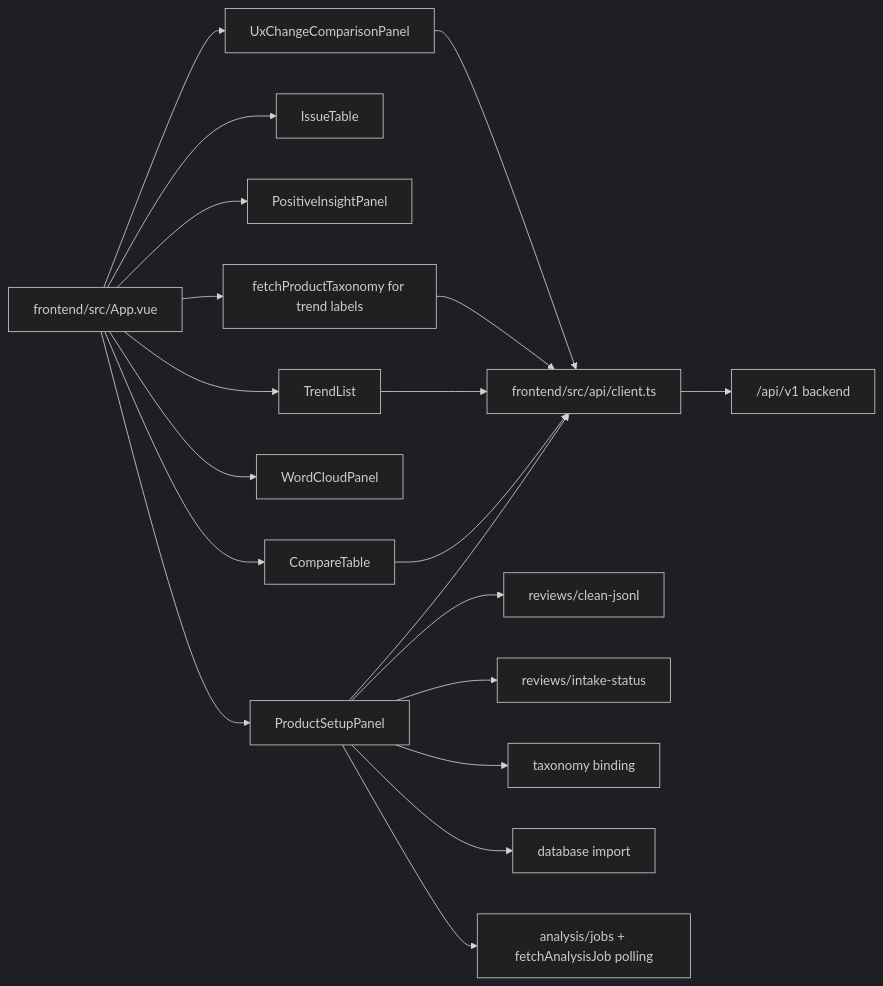
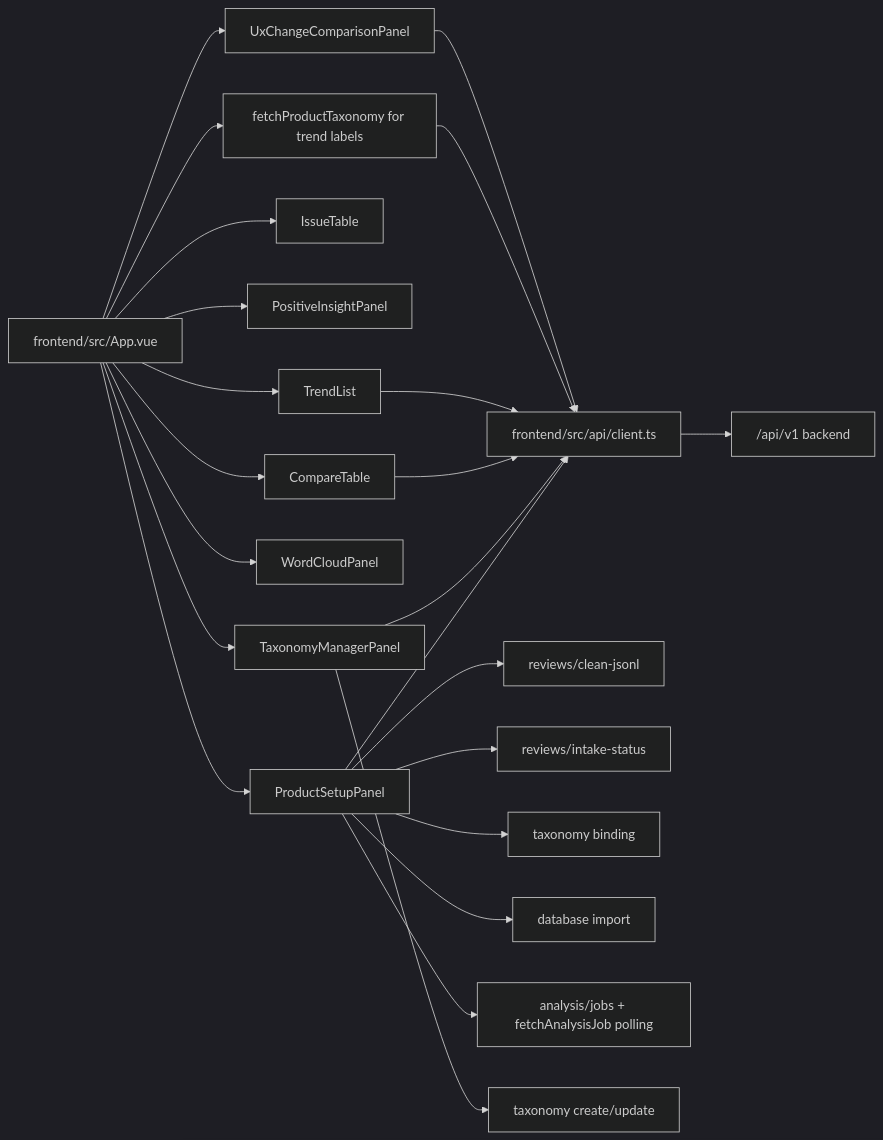
One commit to wxy123-wh/review-analyzer changed the fourth of 4 diagrams in .nexus-map/arch/dependencies.md. Above: the diagram before and after it, drawn with Mermaid (dark theme). The commit also changed other lines of this file and 1 other file, not shown here.

Commit message:
docs(nexus): update taxonomy module map

````diff
--- a/.nexus-map/arch/dependencies.md
+++ b/.nexus-map/arch/dependencies.md
@@ -88,22 +88,25 @@
 ```mermaid
 flowchart LR
   App["frontend/src/App.vue"] --> Setup["ProductSetupPanel"]
+  App --> TaxonomyManager["TaxonomyManagerPanel"]
   App --> Issues["IssueTable"]
   App --> Positive["PositiveInsightPanel"]
   App --> Compare["CompareTable"]
   App --> Trends["TrendList"]
   App --> WordCloud["WordCloudPanel"]
   App --> UxChange["UxChangeComparisonPanel"]
   App --> TrendTaxonomy["fetchProductTaxonomy for trend labels"]
   Setup --> API["frontend/src/api/client.ts"]
   Setup --> JsonlClean["reviews/clean-jsonl"]
   Setup --> IntakeStatus["reviews/intake-status"]
   Setup --> TaxonomyBind["taxonomy binding"]
   Setup --> DbImport["database import"]
   Setup --> AnalysisJobs["analysis/jobs + fetchAnalysisJob polling"]
+  TaxonomyManager --> API
+  TaxonomyManager --> TaxonomySave["taxonomy create/update"]
   Compare --> API
   Trends --> API
   TrendTaxonomy --> API
   UxChange --> API
   API --> Backend["/api/v1 backend"]
 ```
````
